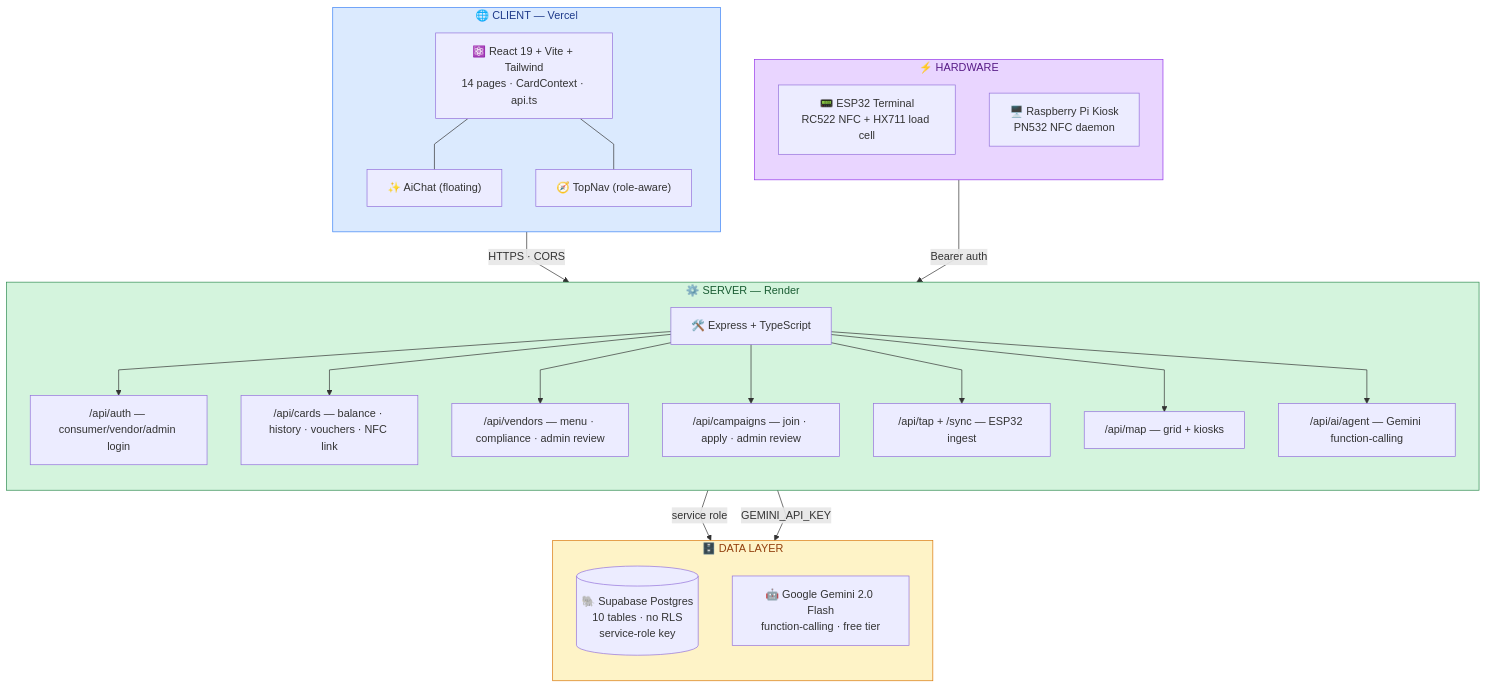
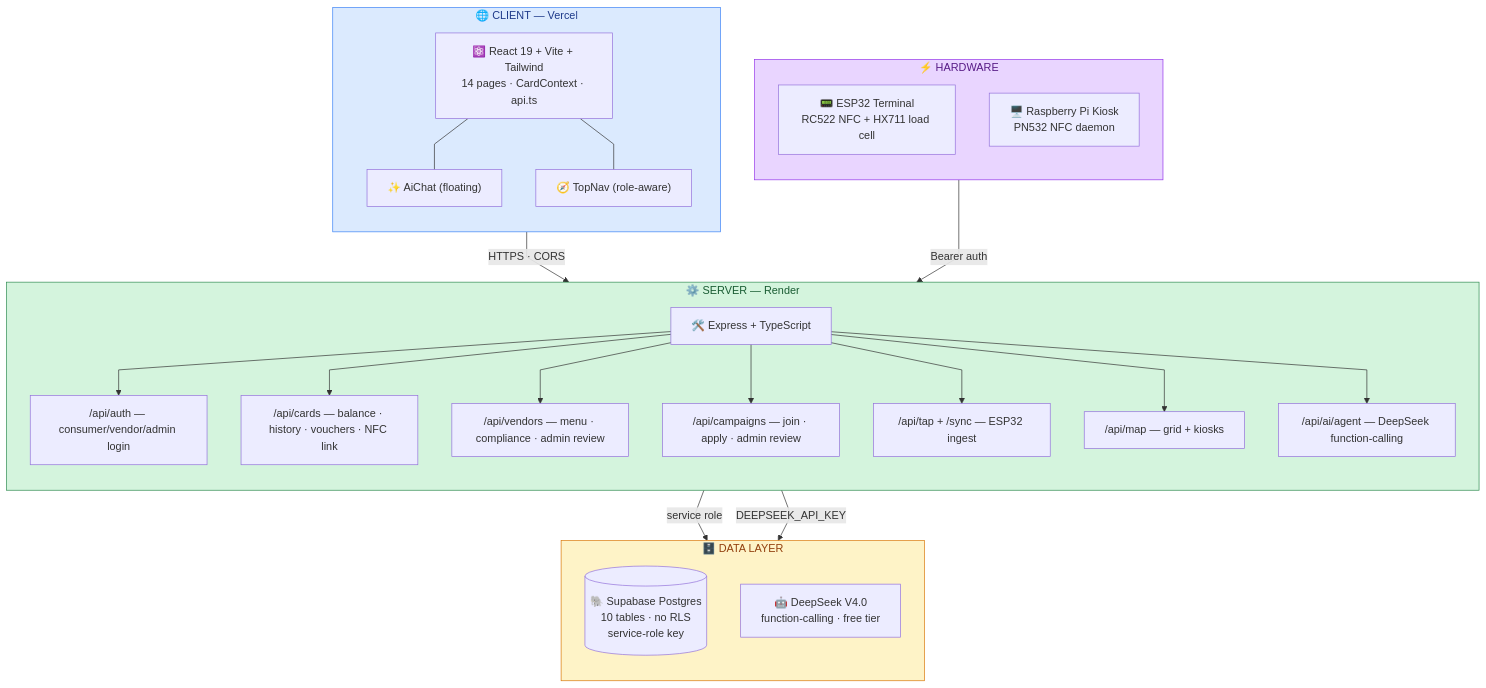
One commit to GILZ3103/claude_project changed the third of 11 diagrams in docs/_archive/WEBSITE_FEATURES.md. Above: the diagram before and after it, drawn with Mermaid. The commit also changed other lines of this file and 42 other files, not shown here.

````diff
--- a/docs/_archive/WEBSITE_FEATURES.md
+++ b/docs/_archive/WEBSITE_FEATURES.md
@@ -338,47 +338,47 @@
 ```mermaid
 %%{init: {"flowchart": {"curve": "linear"}} }%%
 flowchart TB
     subgraph CLIENT["🌐 CLIENT — Vercel"]
         direction TB
         FE["⚛️ React 19 + Vite + Tailwind\n14 pages · CardContext · api.ts"]
         AC["✨ AiChat (floating)"]
         TN["🧭 TopNav (role-aware)"]
         FE --- AC
         FE --- TN
     end
 
     subgraph SERVER["⚙️ SERVER — Render"]
         direction TB
         API["🛠️ Express + TypeScript"]
         R1["/api/auth — consumer/vendor/admin login"]
         R2["/api/cards — balance · history · vouchers · NFC link"]
         R3["/api/vendors — menu · compliance · admin review"]
         R4["/api/campaigns — join · apply · admin review"]
         R5["/api/tap + /sync — ESP32 ingest"]
         R6["/api/map — grid + kiosks"]
-        R7["/api/ai/agent — Gemini function-calling"]
+        R7["/api/ai/agent — DeepSeek function-calling"]
         API --> R1 & R2 & R3 & R4 & R5 & R6 & R7
     end
 
     subgraph DATA["🗄️ DATA LAYER"]
         direction TB
         DB[("🐘 Supabase Postgres\n10 tables · no RLS\nservice-role key")]
-        AI["🤖 Google Gemini 2.0 Flash\nfunction-calling · free tier"]
+        AI["🤖 DeepSeek V4.0\nfunction-calling · free tier"]
     end
 
     subgraph HW["⚡ HARDWARE"]
         direction TB
         ESP["📟 ESP32 Terminal\nRC522 NFC + HX711 load cell"]
         KIOSK["🖥️ Raspberry Pi Kiosk\nPN532 NFC daemon"]
     end
 
     CLIENT -->|HTTPS · CORS| SERVER
     SERVER -->|service role| DB
-    SERVER -->|GEMINI_API_KEY| AI
+    SERVER -->|DEEPSEEK_API_KEY| AI
     HW -->|Bearer auth| SERVER
 
     style CLIENT fill:#dbeafe,stroke:#3b82f6,color:#1e3a8a
     style SERVER fill:#d4f4dd,stroke:#2d8a4f,color:#1a5c33
     style DATA fill:#fef3c7,stroke:#d97706,color:#92400e
     style HW fill:#e9d5ff,stroke:#9333ea,color:#581c87
 ```
````
